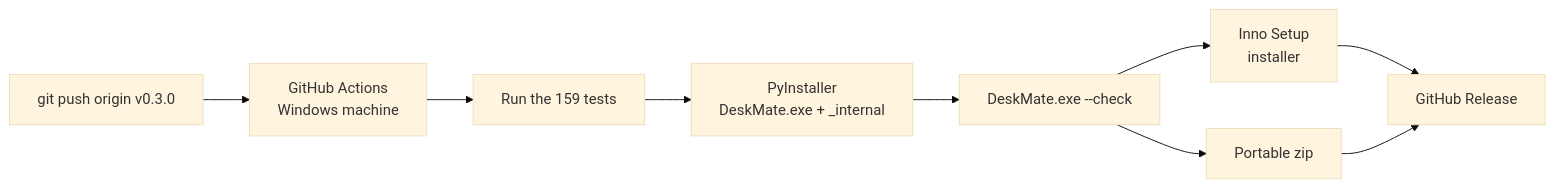
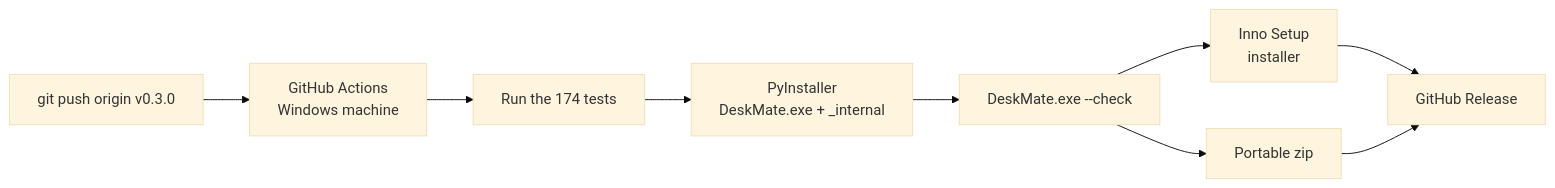
One commit to MuizKmz/deskmate changed the third of 3 diagrams in TUTORIAL.md. Above: the diagram before and after it, drawn with Mermaid (base theme). The commit also changed other lines of this file and 26 other files, not shown here.

````diff
--- a/TUTORIAL.md
+++ b/TUTORIAL.md
@@ -563,11 +589,11 @@
 ```mermaid
 flowchart LR
     T["git push origin v0.3.0"] --> GA[GitHub Actions<br/>Windows machine]
-    GA --> TS[Run the 159 tests]
+    GA --> TS[Run the 174 tests]
     TS --> PI["PyInstaller<br/>DeskMate.exe + _internal"]
     PI --> CK["DeskMate.exe --check"]
     CK --> IS[Inno Setup<br/>installer]
     CK --> ZIP[Portable zip]
     IS --> R[GitHub Release]
     ZIP --> R
 ```
````
